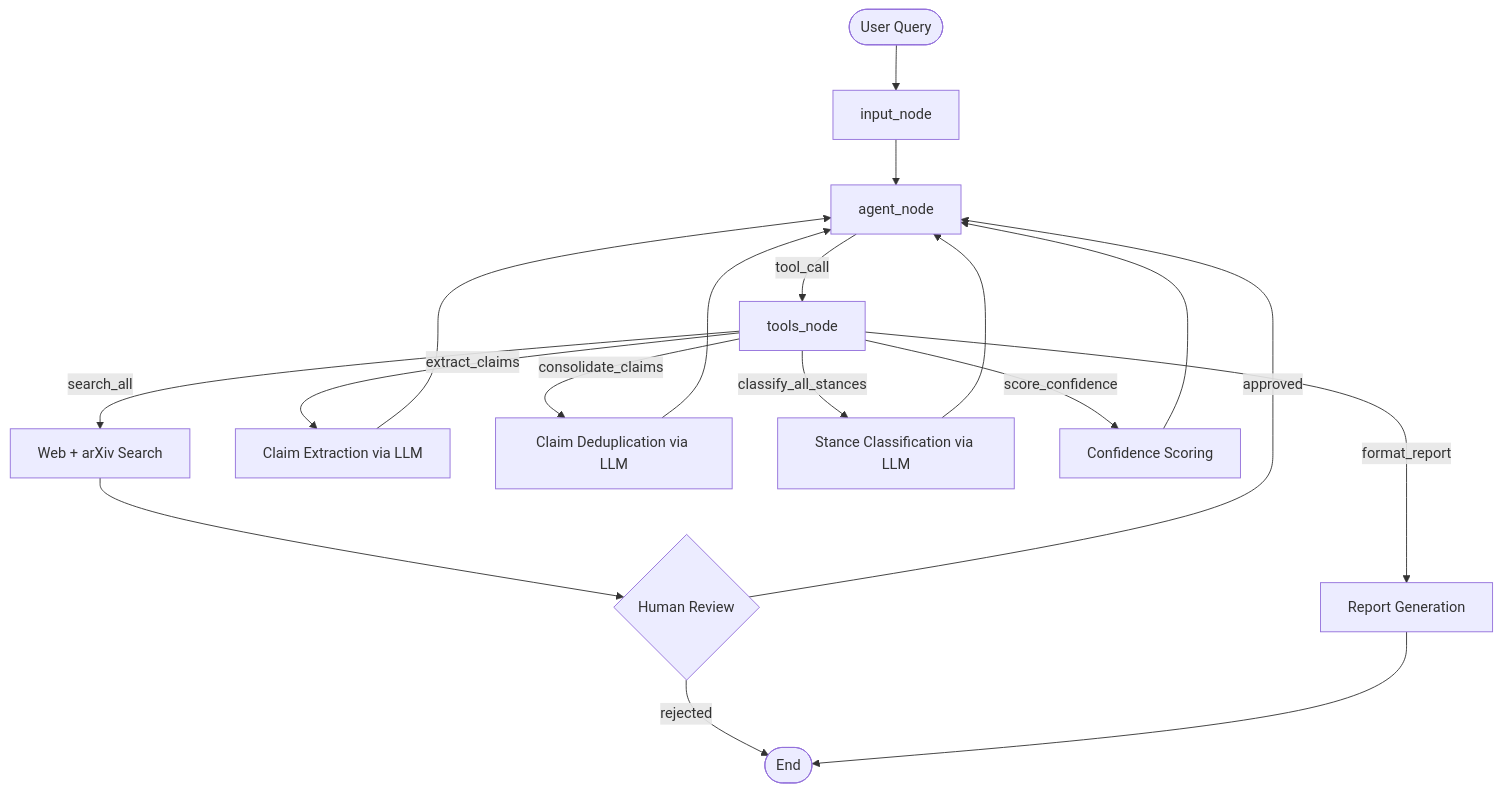
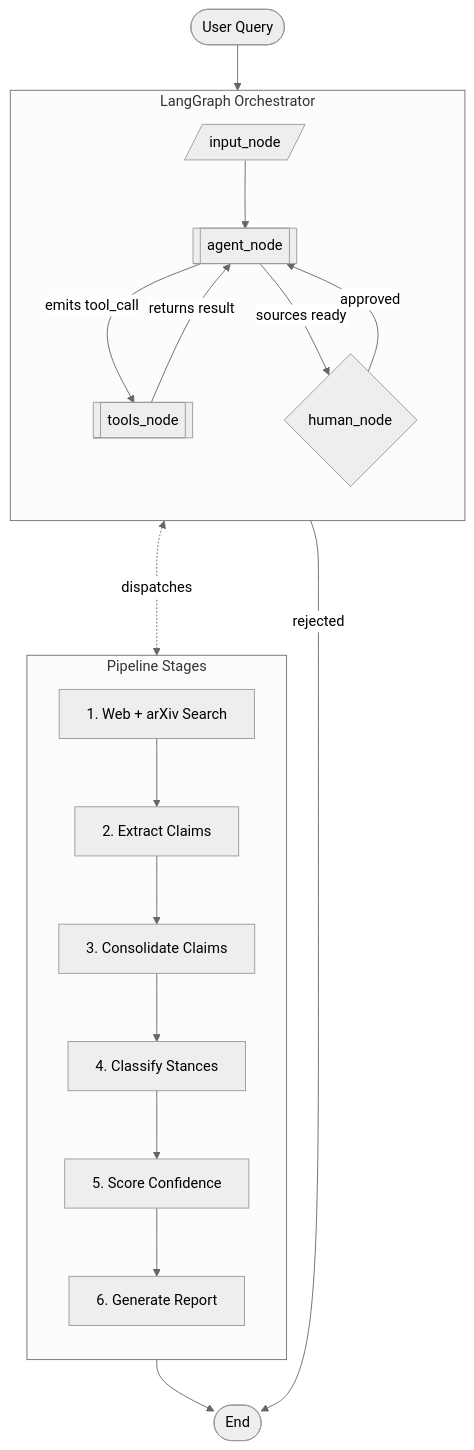
The diagram in README.md (gvarchala-pixel/Confidence-Scorer), drawn with Mermaid before and after one commit.

Commit message:
update info on project

````diff
--- a/README.md
+++ b/README.md
@@ -14,20 +14,36 @@
 ```mermaid
-graph TD
-    A([User Query]) --> B[input_node]
-    B --> C[agent_node]
-    C -->|tool_call| D[tools_node]
-    D -->|search_all| E[Web + arXiv Search]
-    D -->|extract_claims| F[Claim Extraction via LLM]
-    D -->|consolidate_claims| G[Claim Deduplication via LLM]
-    D -->|classify_all_stances| H[Stance Classification via LLM]
-    D -->|score_confidence| I[Confidence Scoring]
-    D -->|format_report| J[Report Generation]
-    E --> K{Human Review}
-    K -->|approved| C
-    K -->|rejected| L([End])
-    F --> C
-    G --> C
-    H --> C
-    I --> C
-    J --> L
+%%{init: {'theme': 'neutral'}}%%
+flowchart TB
+    Q([User Query])
+
+    subgraph LG [LangGraph Orchestrator]
+        direction TB
+        IN[/input_node/]
+        AG[[agent_node]]
+        TL[[tools_node]]
+        HN{human_node}
+
+        IN --> AG
+        AG -->|emits tool_call| TL
+        TL -->|returns result| AG
+        AG -->|sources ready| HN
+        HN -->|approved| AG
+    end
+
+    subgraph TASKS [Pipeline Stages]
+        direction TB
+        S1[1. Web + arXiv Search]
+        S2[2. Extract Claims]
+        S3[3. Consolidate Claims]
+        S4[4. Classify Stances]
+        S5[5. Score Confidence]
+        S6[6. Generate Report]
+
+        S1 --> S2 --> S3 --> S4 --> S5 --> S6
+    end
+
+    Q --> IN
+    TL <-..->|dispatches| TASKS
+    HN -->|rejected| STOP([End])
+    S6 --> STOP
 ```
````
